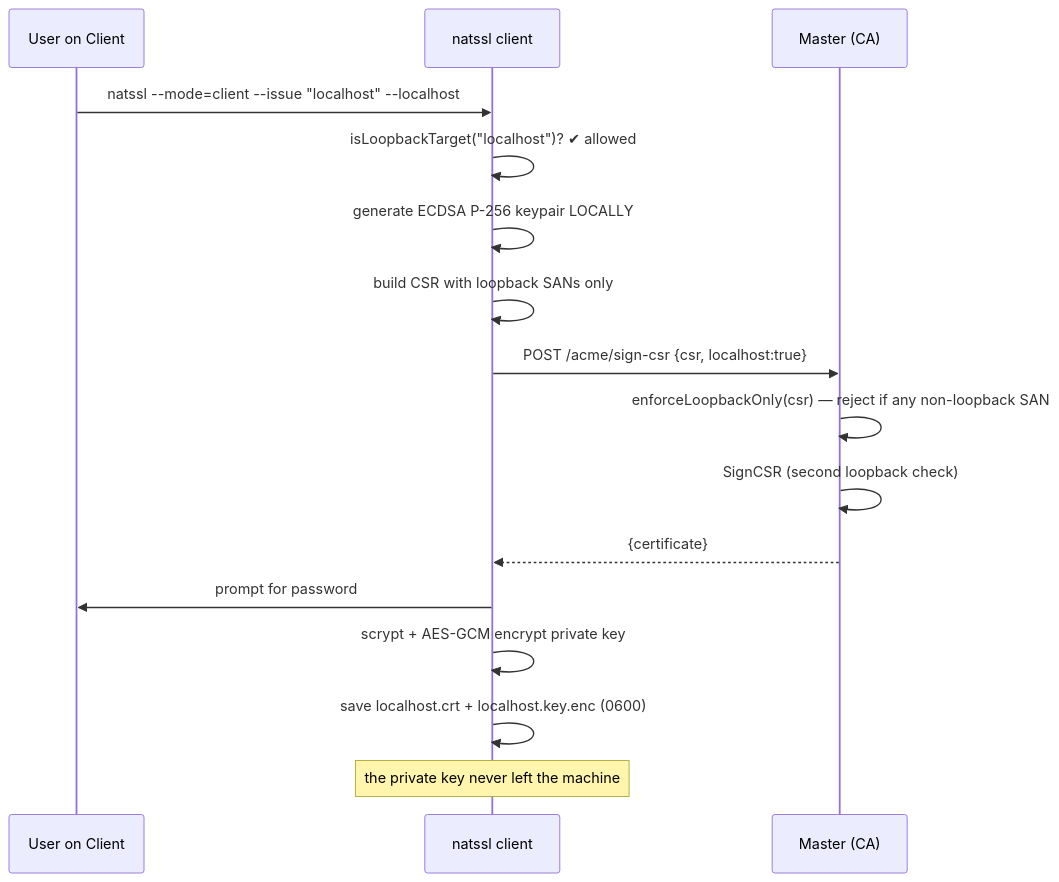
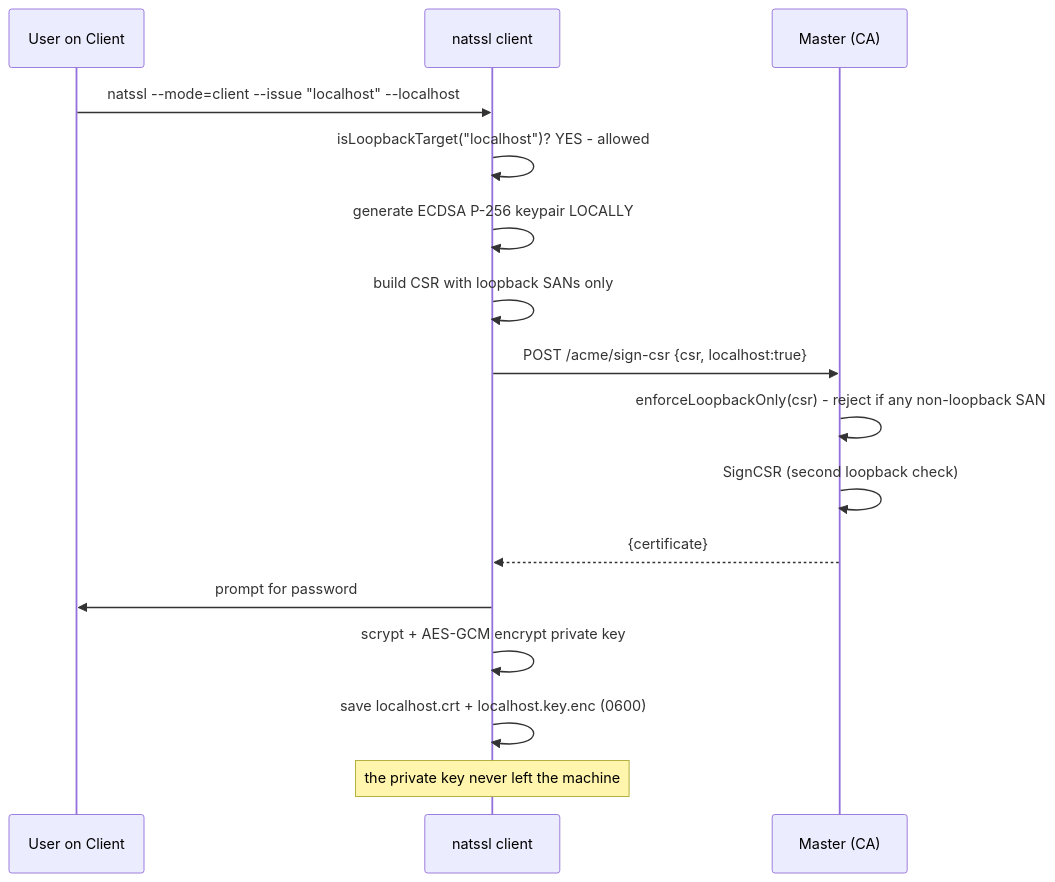
Before and after one commit to iskyneon/natssl: the fourth of 6 diagrams in docs/DEPLOYMENT.md, drawn with Mermaid. The commit also changed other lines of this file and 9 other files, not shown here.

````diff
--- a/docs/DEPLOYMENT.md
+++ b/docs/DEPLOYMENT.md
@@ -128,19 +200,19 @@
 ```mermaid
 sequenceDiagram
     participant U as User on Client
     participant C as natssl client
     participant M as Master (CA)
 
     U->>C: natssl --mode=client --issue "localhost" --localhost
-    C->>C: isLoopbackTarget("localhost")? ✔ allowed
+    C->>C: isLoopbackTarget("localhost")? YES - allowed
     C->>C: generate ECDSA P-256 keypair LOCALLY
     C->>C: build CSR with loopback SANs only
     C->>M: POST /acme/sign-csr {csr, localhost:true}
-    M->>M: enforceLoopbackOnly(csr) — reject if any non-loopback SAN
+    M->>M: enforceLoopbackOnly(csr) - reject if any non-loopback SAN
     M->>M: SignCSR (second loopback check)
     M-->>C: {certificate}
     C->>U: prompt for password
     C->>C: scrypt + AES-GCM encrypt private key
     C->>C: save localhost.crt + localhost.key.enc (0600)
     Note over C: the private key never left the machine
 ```
````
